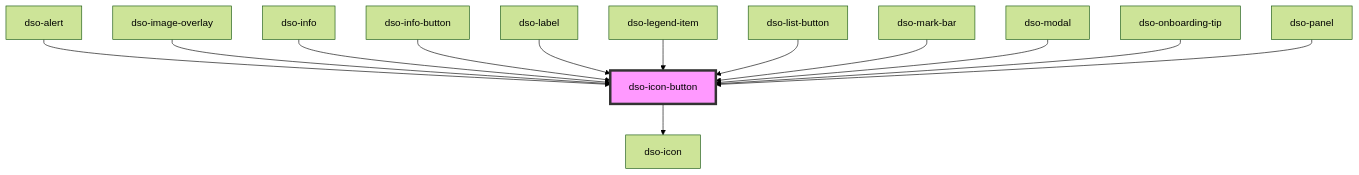
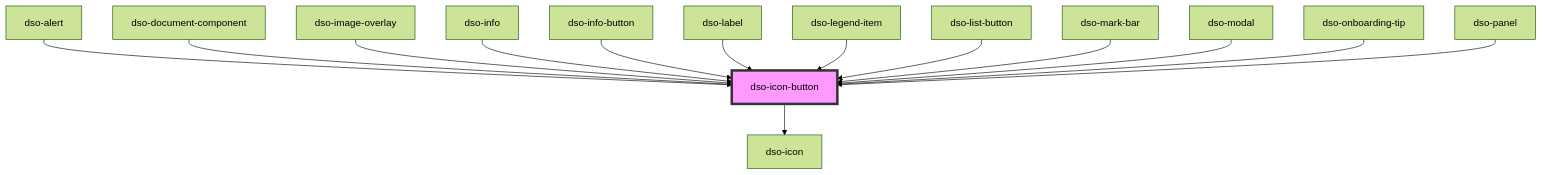
Before and after one commit to dso-toolkit/dso-toolkit: the diagram in packages/core/src/components/icon-button/readme.md, drawn with Mermaid (forest theme). The commit also changed other lines of this file and 4 other files, not shown here.

Commit message:
#2315 Document Component gebruikt nu ook Icon Button

````diff
--- a/packages/core/src/components/icon-button/readme.md
+++ b/packages/core/src/components/icon-button/readme.md
@@ -60,16 +61,17 @@
 ```mermaid
 graph TD;
   dso-icon-button --> dso-icon
   dso-alert --> dso-icon-button
+  dso-document-component --> dso-icon-button
   dso-image-overlay --> dso-icon-button
   dso-info --> dso-icon-button
   dso-info-button --> dso-icon-button
   dso-label --> dso-icon-button
   dso-legend-item --> dso-icon-button
   dso-list-button --> dso-icon-button
   dso-mark-bar --> dso-icon-button
   dso-modal --> dso-icon-button
   dso-onboarding-tip --> dso-icon-button
   dso-panel --> dso-icon-button
   style dso-icon-button fill:#f9f,stroke:#333,stroke-width:4px
 ```
````
